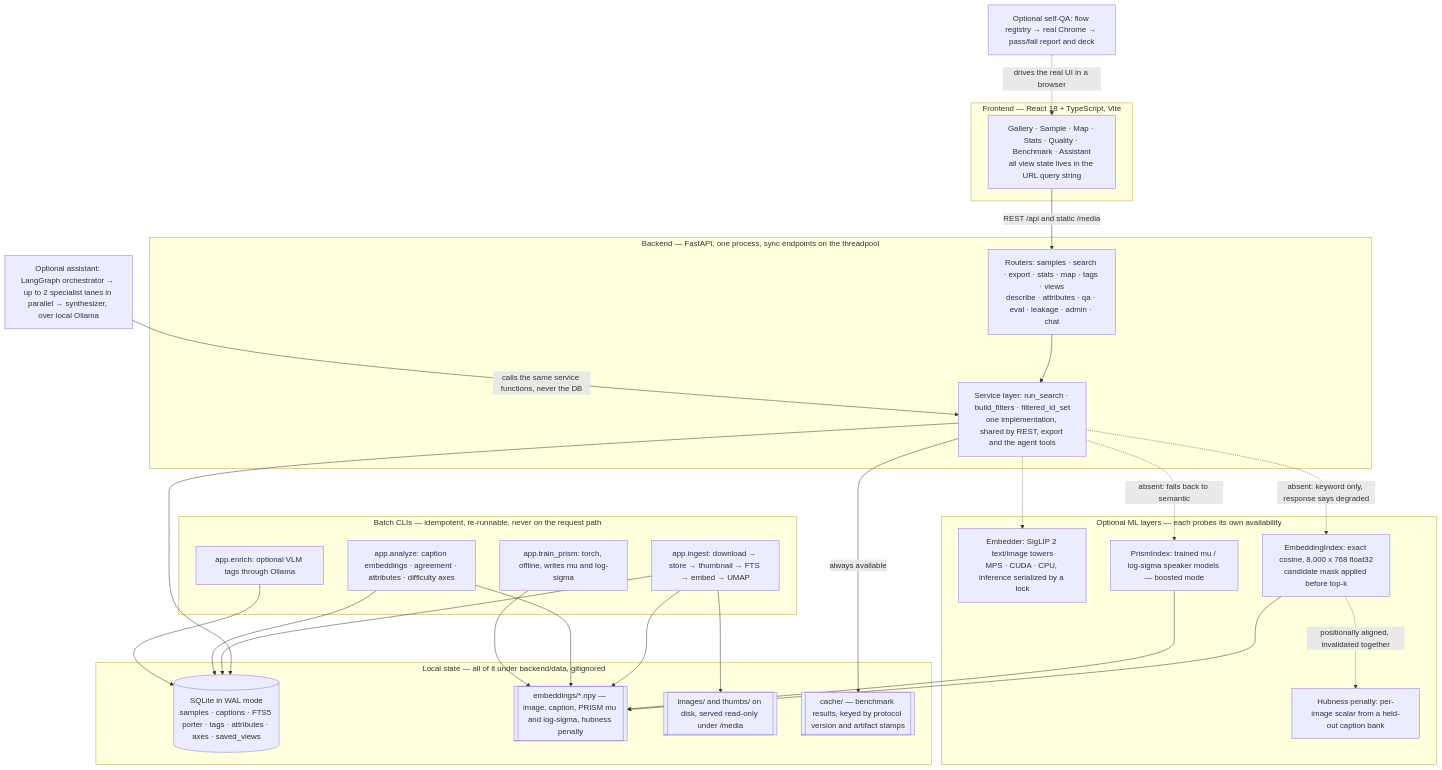
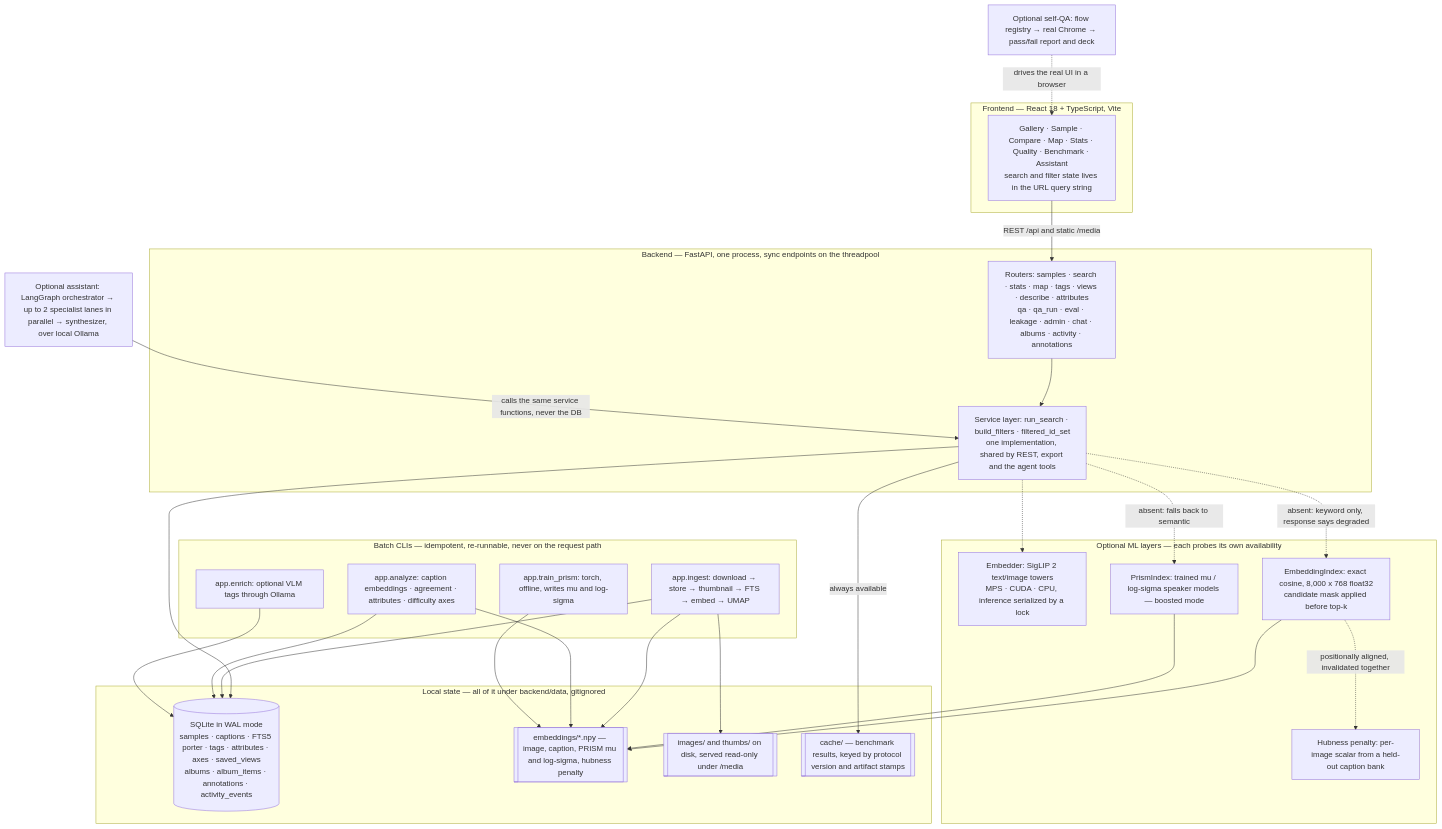
One commit to aimanyounises1/cv-dataset-explorer changed the diagram in docs/ARCHITECTURE.md. Above: the diagram before and after it, drawn with Mermaid. The commit also changed other lines of this file and 2 other files, not shown here.

First line of the commit message:
The map catches up with the territory, with measured numbers on it

````diff
--- a/docs/ARCHITECTURE.md
+++ b/docs/ARCHITECTURE.md
@@ -11,55 +11,55 @@
 ```mermaid
 flowchart TB
   subgraph fe["Frontend — React 18 + TypeScript, Vite"]
-    UI["Gallery · Sample · Map · Stats · Quality · Benchmark · Assistant<br/>all view state lives in the URL query string"]
+    UI["Gallery · Sample · Compare · Map · Stats · Quality · Benchmark · Assistant<br/>search and filter state lives in the URL query string"]
   end
 
   subgraph be["Backend — FastAPI, one process, sync endpoints on the threadpool"]
-    RT["Routers: samples · search · export · stats · map · tags · views<br/>describe · attributes · qa · eval · leakage · admin · chat"]
+    RT["Routers: samples · search · stats · map · tags · views · describe · attributes<br/>qa · qa_run · eval · leakage · admin · chat · albums · activity · annotations"]
     SV["Service layer: run_search · build_filters · filtered_id_set<br/>one implementation, shared by REST, export and the agent tools"]
   end
 
   subgraph ml["Optional ML layers — each probes its own availability"]
     EM["Embedder: SigLIP 2 text/image towers<br/>MPS · CUDA · CPU, inference serialized by a lock"]
     IX["EmbeddingIndex: exact cosine, 8,000 x 768 float32<br/>candidate mask applied before top-k"]
     HB["Hubness penalty: per-image scalar from a held-out caption bank"]
     PR["PrismIndex: trained mu / log-sigma speaker models — boosted mode"]
   end
 
   subgraph st["Local state — all of it under backend/data, gitignored"]
-    DB[("SQLite in WAL mode<br/>samples · captions · FTS5 porter · tags · attributes · axes · saved_views")]
+    DB[("SQLite in WAL mode<br/>samples · captions · FTS5 porter · tags · attributes · axes · saved_views<br/>albums · album_items · annotations · activity_events")]
     NP[["embeddings/*.npy — image, caption, PRISM mu and log-sigma, hubness penalty"]]
     IM[["images/ and thumbs/ on disk, served read-only under /media"]]
     CA[["cache/ — benchmark results, keyed by protocol version and artifact stamps"]]
   end
 
   subgraph bt["Batch CLIs — idempotent, re-runnable, never on the request path"]
     IG["app.ingest: download → store → thumbnail → FTS → embed → UMAP"]
     AN["app.analyze: caption embeddings · agreement · attributes · difficulty axes"]
     TP["app.train_prism: torch, offline, writes mu and log-sigma"]
     EN["app.enrich: optional VLM tags through Ollama"]
   end
 
   AG["Optional assistant: LangGraph orchestrator → up to 2 specialist lanes in parallel → synthesizer, over local Ollama"]
   QA["Optional self-QA: flow registry → real Chrome → pass/fail report and deck"]
 
   UI -->|"REST /api and static /media"| RT
   RT --> SV
   SV --> DB
   SV -->|"always available"| CA
   SV -.->|"absent: keyword only, response says degraded"| IX
   SV -.-> EM
   IX --> NP
   IX -.->|"positionally aligned, invalidated together"| HB
   SV -.->|"absent: falls back to semantic"| PR
   PR --> NP
   AG -->|"calls the same service functions, never the DB"| SV
   QA -.->|"drives the real UI in a browser"| UI
   IG --> DB
   IG --> NP
   IG --> IM
   AN --> DB
   AN --> NP
   TP --> NP
   EN --> DB
 ```
````
